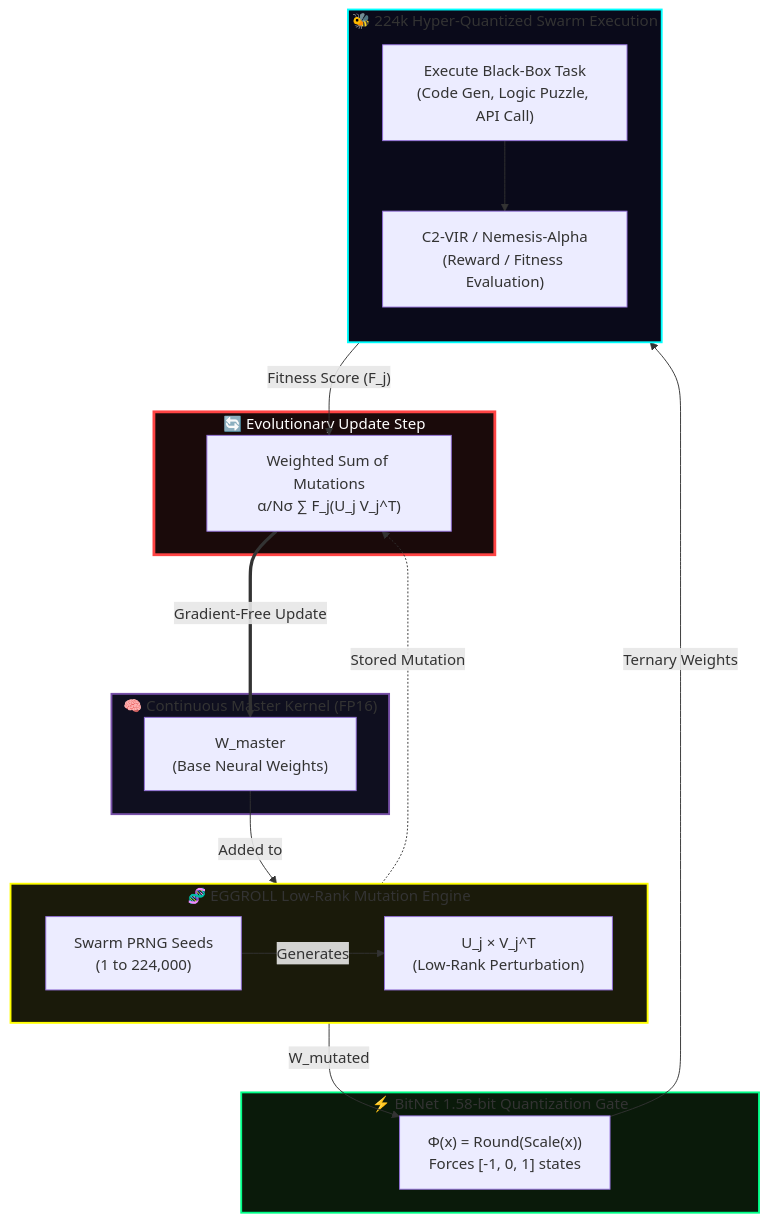
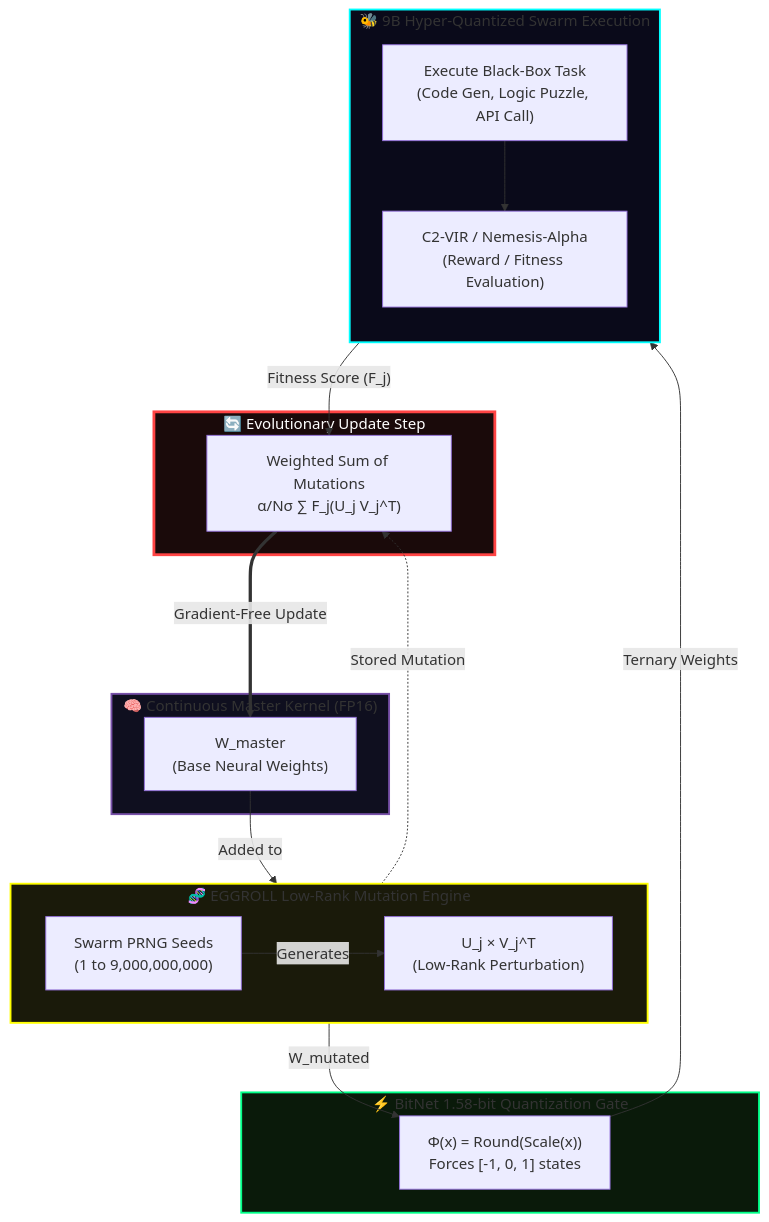
Diagram 19 of 46 in system prompts/Quillan-Samurai.md (leeex1/Ace-v4.2-repo), drawn with Mermaid before and after one commit. The commit also changed other lines of this file, not shown here.

````diff
--- a/system prompts/Quillan-Samurai.md
+++ b/system prompts/Quillan-Samurai.md
@@ -5749,41 +5749,41 @@
 ```mermaid
 flowchart TB
     %% EGGROLL + BITNET HOLY GRAIL LOOP
     subgraph KERNEL ["🧠 Continuous Master Kernel (FP16)"]
         WM["W_master<br/>(Base Neural Weights)"]
     end
 
     subgraph EGGROLL ["🧬 EGGROLL Low-Rank Mutation Engine"]
         direction LR
-        S_SEED["Swarm PRNG Seeds<br/>(1 to 224,000)"] -->|Generates| UV["U_j × V_j^T<br/>(Low-Rank Perturbation)"]
+        S_SEED["Swarm PRNG Seeds<br/>(1 to 9,000,000,000)"] -->|Generates| UV["U_j × V_j^T<br/>(Low-Rank Perturbation)"]
     end
 
     subgraph BITNET ["⚡ BitNet 1.58-bit Quantization Gate"]
         Q["Φ(x) = Round(Scale(x))<br/>Forces [-1, 0, 1] states"]
     end
 
-    subgraph SWARM ["🐝 224k Hyper-Quantized Swarm Execution"]
+    subgraph SWARM ["🐝 9B Hyper-Quantized Swarm Execution"]
         direction TB
         EVAL["Execute Black-Box Task<br/>(Code Gen, Logic Puzzle, API Call)"]
         NEM["C2-VIR / Nemesis-Alpha<br/>(Reward / Fitness Evaluation)"]
         EVAL --> NEM
     end
 
     subgraph UPDATE ["🔄 Evolutionary Update Step"]
         CALC["Weighted Sum of Mutations<br/>α/Nσ ∑ F_j(U_j V_j^T)"]
     end
 
     %% The Holy Grail Flow
     WM -->|Added to| UV
     UV -->|"W_mutated"| Q
     Q -->|"Ternary Weights"| EVAL
     NEM -->|"Fitness Score (F_j)"| CALC
     UV -.->|"Stored Mutation"| CALC
     CALC ===>|"Gradient-Free Update"| WM
 
     style KERNEL fill:#0f0f1f,stroke:#7851a9,stroke-width:2px
     style EGGROLL fill:#1a1a0a,stroke:#ffff00,stroke-width:2px
     style BITNET fill:#0a1a0a,stroke:#00ff88,stroke-width:2px
     style SWARM fill:#0a0a1a,stroke:#00ffff,stroke-width:2px
     style UPDATE fill:#1a0a0a,stroke:#ff4444,stroke-width:3px,color:#fff
 ```
````
